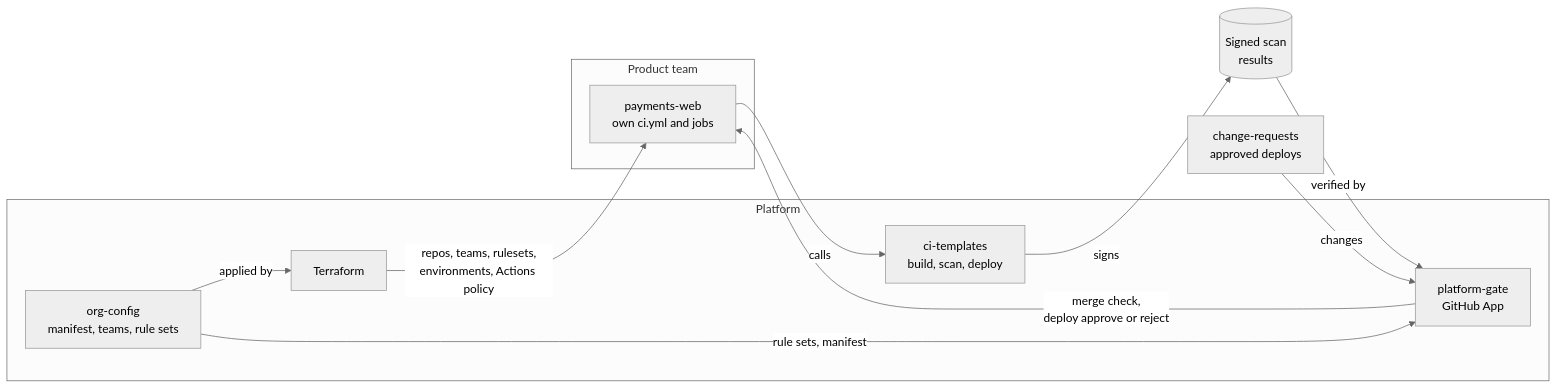
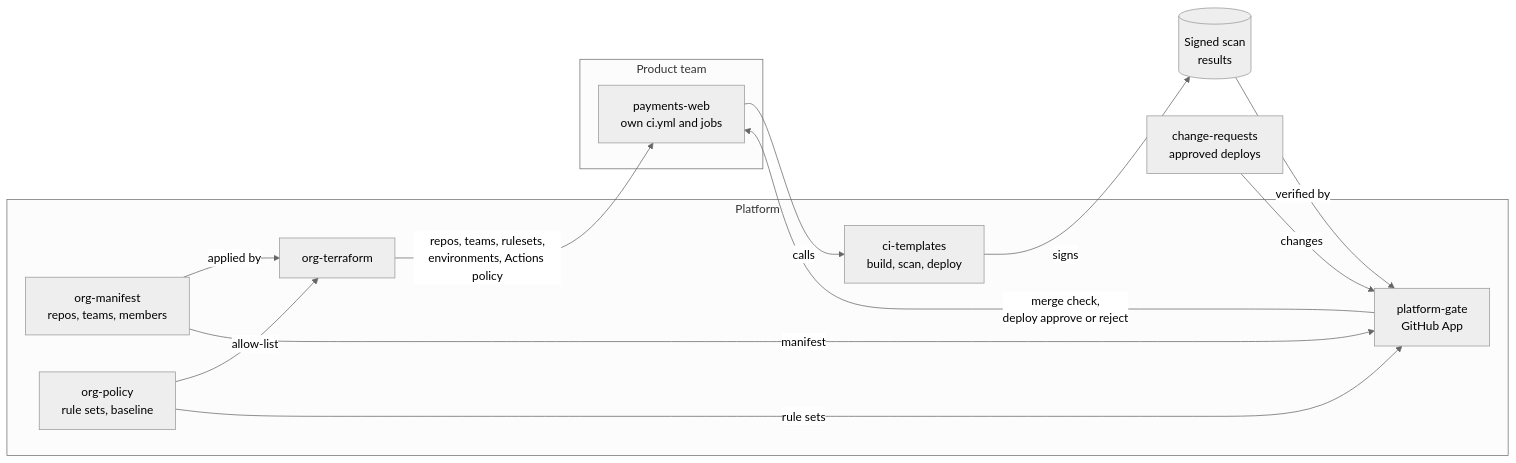
The first of 2 diagrams in profile/README.md (Stefan-org-1/.github), drawn with Mermaid (neutral theme) before and after one commit. The commit also changed other lines of this file and 1 other file, not shown here.

Commit message:
Describe the org-config split into org-manifest, org-policy and org-terraform

````diff
--- a/profile/README.md
+++ b/profile/README.md
@@ -19,23 +21,26 @@
 ```mermaid
 flowchart LR
   subgraph Platform
-    OC["org-config<br/>manifest, teams, rule sets"]
-    TF["Terraform"]
+    OM["org-manifest<br/>repos, teams, members"]
+    OP["org-policy<br/>rule sets, baseline"]
+    TF["org-terraform"]
     CT["ci-templates<br/>build, scan, deploy"]
     GATE["platform-gate<br/>GitHub App"]
   end
   CR["change-requests<br/>approved deploys"]
   subgraph Team["Product team"]
     APP["payments-web<br/>own ci.yml and jobs"]
   end
   ATT[("Signed scan<br/>results")]
 
-  OC -->|applied by| TF
+  OM -->|applied by| TF
+  OP -->|allow-list| TF
   TF -->|repos, teams, rulesets,<br/>environments, Actions policy| APP
   APP -->|calls| CT
   CT -->|signs| ATT
-  OC -->|rule sets, manifest| GATE
+  OM -->|manifest| GATE
+  OP -->|rule sets| GATE
   CR -->|changes| GATE
   ATT -->|verified by| GATE
   GATE -->|merge check,<br/>deploy approve or reject| APP
 ```
````
